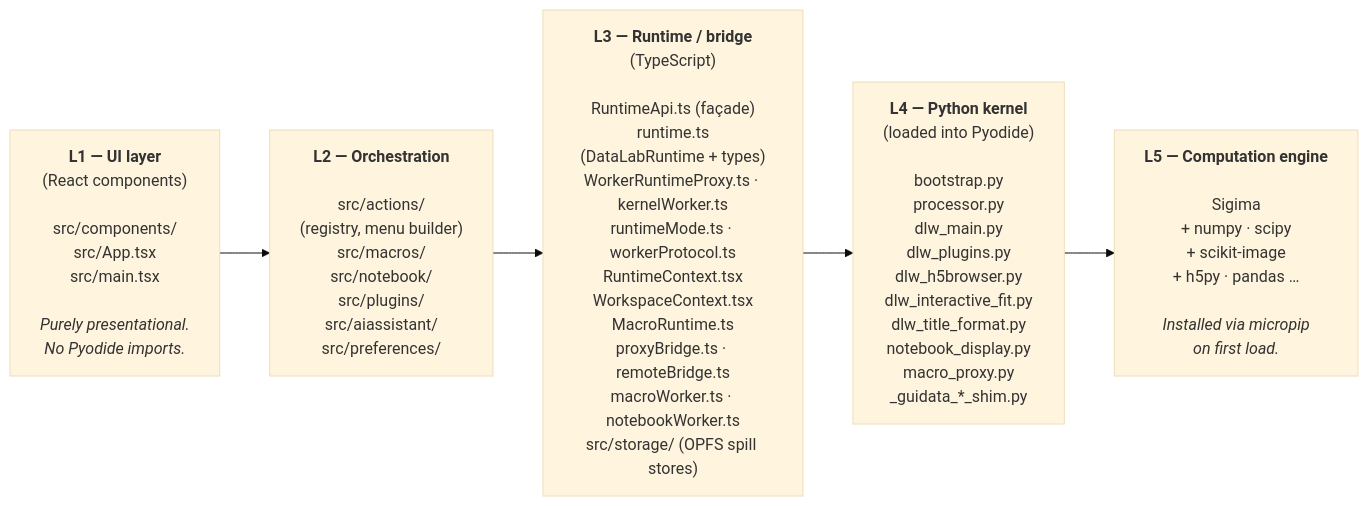
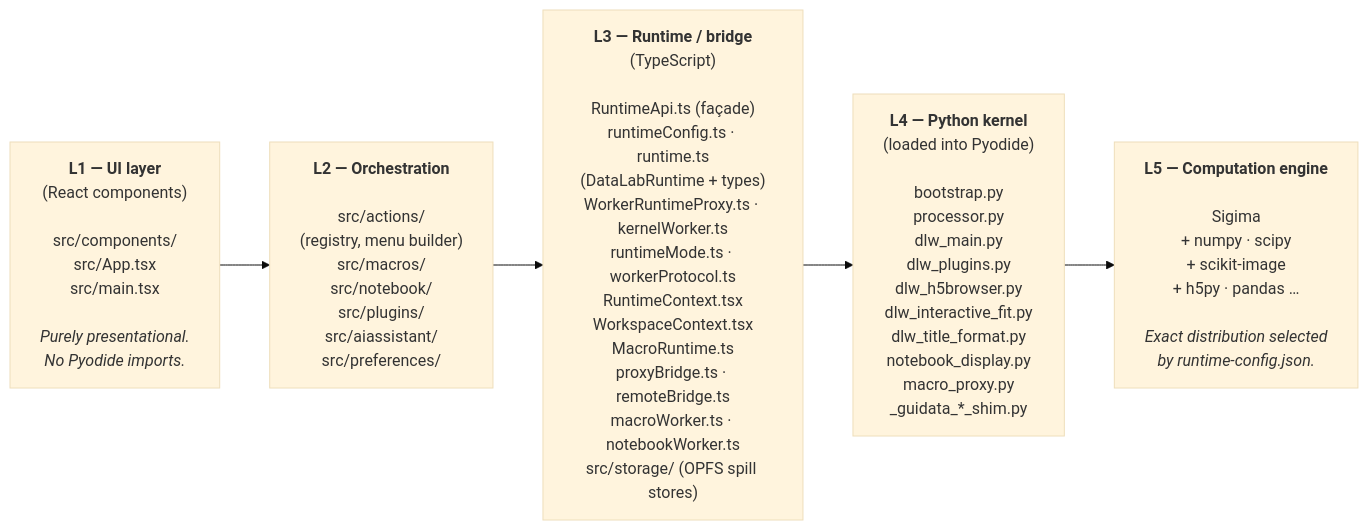
One commit to DataLab-Platform/web changed the second of 8 diagrams in doc/architecture.md. Above: the diagram before and after it, drawn with Mermaid (base theme). The commit also changed other lines of this file and 40 other files, not shown here.

````diff
--- a/doc/architecture.md
+++ b/doc/architecture.md
@@ -82,10 +82,10 @@
 ```mermaid
 flowchart LR
     L1["<b>L1 — UI layer</b><br/>(React components)<br/><br/>src/components/<br/>src/App.tsx<br/>src/main.tsx<br/><br/><i>Purely presentational.<br/>No Pyodide imports.</i>"]
     L2["<b>L2 — Orchestration</b><br/><br/>src/actions/<br/>(registry, menu builder)<br/>src/macros/<br/>src/notebook/<br/>src/plugins/<br/>src/aiassistant/<br/>src/preferences/"]
-    L3["<b>L3 — Runtime / bridge</b><br/>(TypeScript)<br/><br/>RuntimeApi.ts (façade)<br/>runtime.ts<br/>(DataLabRuntime + types)<br/>WorkerRuntimeProxy.ts · kernelWorker.ts<br/>runtimeMode.ts · workerProtocol.ts<br/>RuntimeContext.tsx<br/>WorkspaceContext.tsx<br/>MacroRuntime.ts<br/>proxyBridge.ts · remoteBridge.ts<br/>macroWorker.ts · notebookWorker.ts<br/>src/storage/ (OPFS spill stores)"]
+    L3["<b>L3 — Runtime / bridge</b><br/>(TypeScript)<br/><br/>RuntimeApi.ts (façade)<br/>runtimeConfig.ts · runtime.ts<br/>(DataLabRuntime + types)<br/>WorkerRuntimeProxy.ts · kernelWorker.ts<br/>runtimeMode.ts · workerProtocol.ts<br/>RuntimeContext.tsx<br/>WorkspaceContext.tsx<br/>MacroRuntime.ts<br/>proxyBridge.ts · remoteBridge.ts<br/>macroWorker.ts · notebookWorker.ts<br/>src/storage/ (OPFS spill stores)"]
     L4["<b>L4 — Python kernel</b><br/>(loaded into Pyodide)<br/><br/>bootstrap.py<br/>processor.py<br/>dlw_main.py<br/>dlw_plugins.py<br/>dlw_h5browser.py<br/>dlw_interactive_fit.py<br/>dlw_title_format.py<br/>notebook_display.py<br/>macro_proxy.py<br/>_guidata_*_shim.py"]
-    L5["<b>L5 — Computation engine</b><br/><br/>Sigima<br/>+ numpy · scipy<br/>+ scikit-image<br/>+ h5py · pandas …<br/><br/><i>Installed via micropip<br/>on first load.</i>"]
+    L5["<b>L5 — Computation engine</b><br/><br/>Sigima<br/>+ numpy · scipy<br/>+ scikit-image<br/>+ h5py · pandas …<br/><br/><i>Exact distribution selected<br/>by runtime-config.json.</i>"]
 
     L1 --> L2 --> L3 --> L4 --> L5
 ```
````
